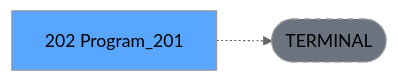
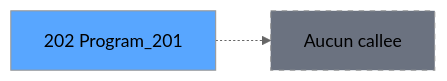
Before and after one commit to thonyAGP/lecteur-magic: the third of 3 diagrams in .openspec/specs/ADH-IDE-202.md, drawn with Mermaid (neutral theme). The commit also changed other lines of this file and 96 other files, not shown here.

````diff
--- a/.openspec/specs/ADH-IDE-202.md
+++ b/.openspec/specs/ADH-IDE-202.md
@@ -134,8 +121,8 @@
 ```mermaid
 graph LR
-    T[202 Program_201]
-    TERM([TERMINAL])
-    T -.-> TERM
-    style TERM fill:#6b7280,stroke-dasharray: 5 5
-    style T fill:#58a6ff,color:#000
+    T202[202 Program_201]
+    style T202 fill:#58a6ff
+    NONE[Aucun callee]
+    T202 -.-> NONE
+    style NONE fill:#6b7280,stroke-dasharray: 5 5
 ```
````
